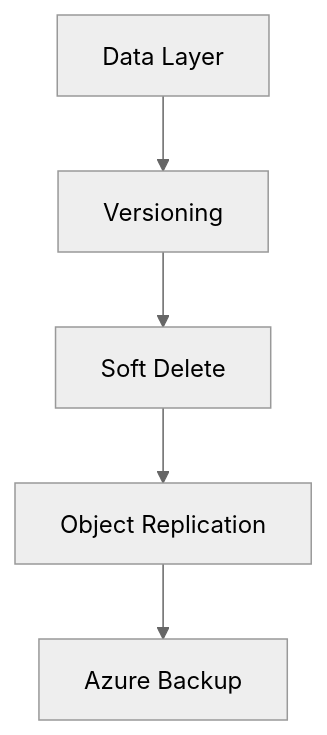
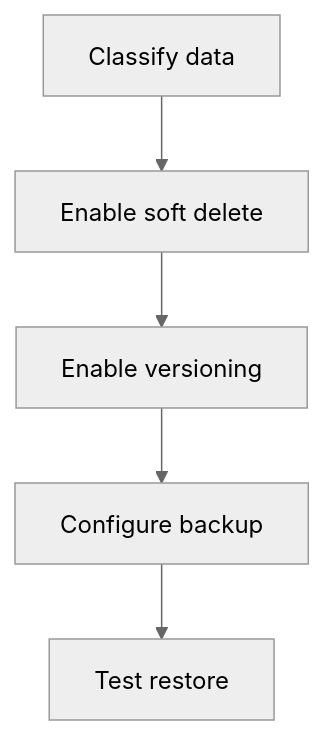
The diagram in docs/operations/backup-and-data-protection.md (yeongseon/azure-storage-practical-guide), drawn with Mermaid (neutral theme) before and after one commit. The commit also changed other lines of this file and 90 other files, not shown here.

````diff
--- a/docs/operations/backup-and-data-protection.md
+++ b/docs/operations/backup-and-data-protection.md
@@ -27,7 +26,12 @@
 ```mermaid
-graph TD
-    A[Data Layer] --> B[Versioning]
-    B --> C[Soft Delete]
-    C --> D[Object Replication]
-    D --> E[Azure Backup]
+flowchart TD
+    A[Classify data]
+    B[Enable soft delete]
+    A --> B
+    C[Enable versioning]
+    B --> C
+    D[Configure backup]
+    C --> D
+    E[Test restore]
+    D --> E
 ```
````
